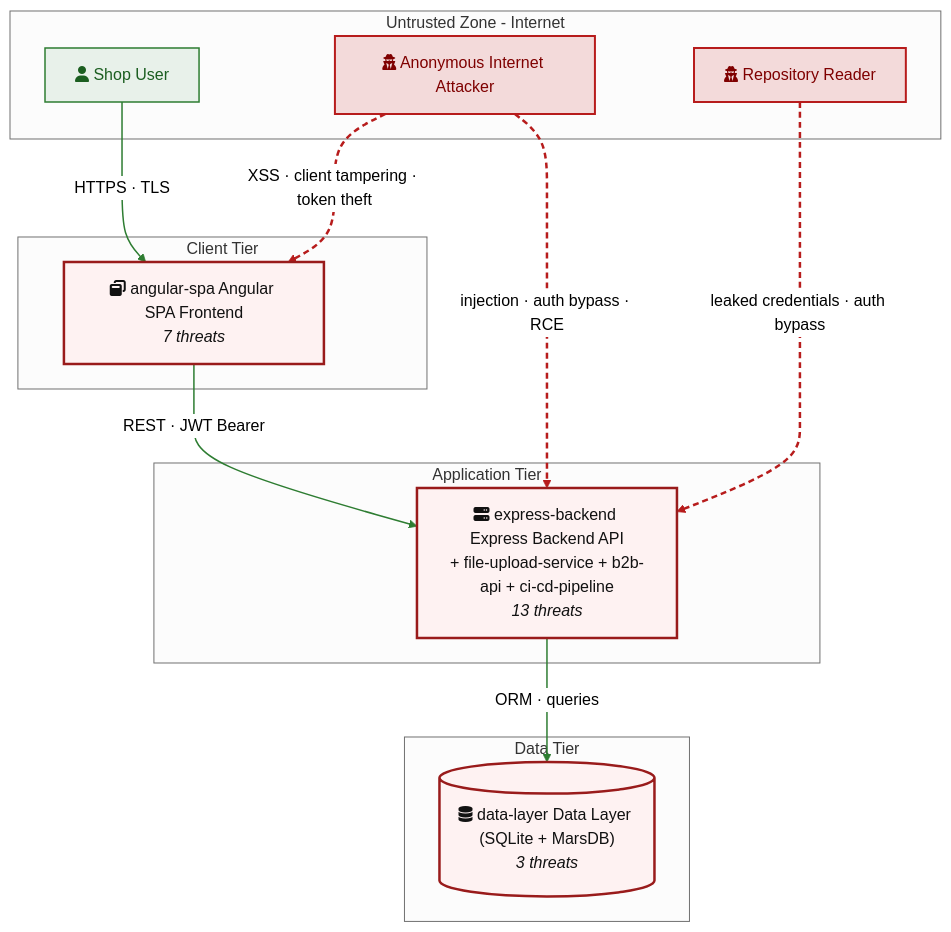
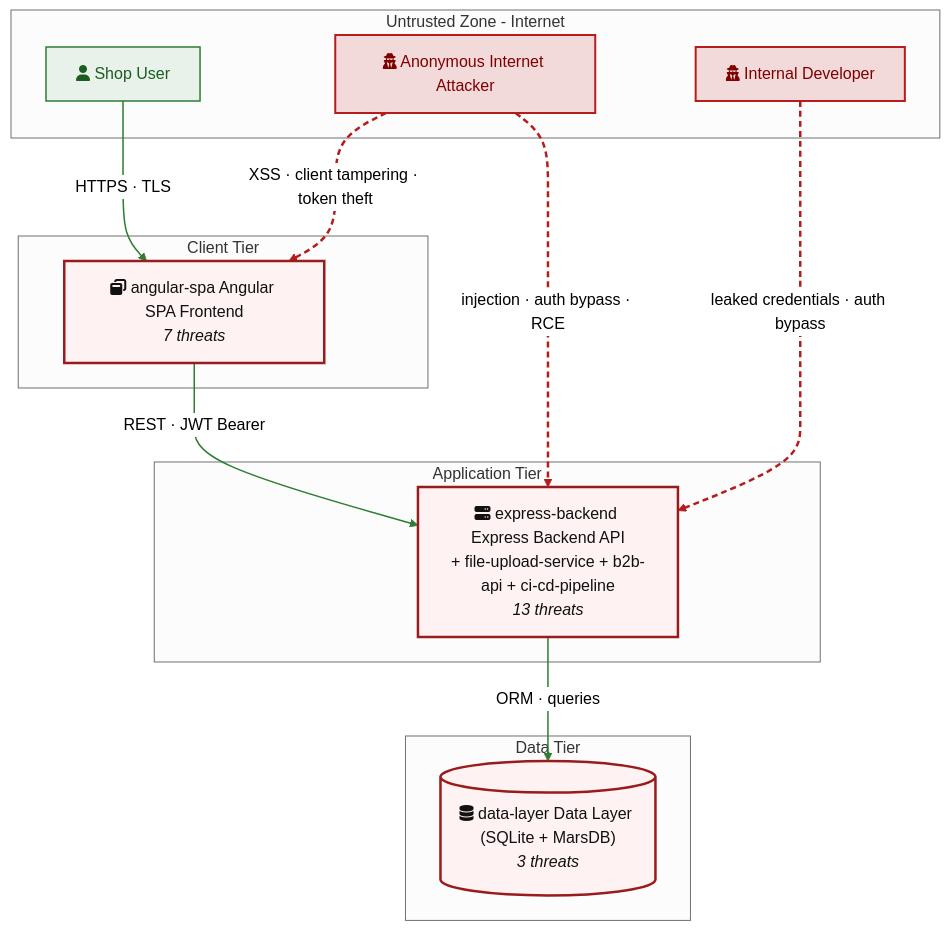
The second of 2 diagrams in README.md (appsec-foundry/appsec-analyzer), drawn with Mermaid (neutral theme) before and after one commit. The commit also changed other lines of this file and 3 other files, not shown here.

````diff
--- a/README.md
+++ b/README.md
@@ -253,30 +260,30 @@
 ```mermaid
 flowchart TD
     subgraph EXT["Untrusted Zone - Internet"]
         INTERNET_ANON["fa:fa-user-secret Anonymous Internet Attacker"]:::threat
         VICTIM_REQUIRED["fa:fa-user Shop User"]:::legit
-        REPO_READ["fa:fa-user-secret Repository Reader"]:::threat
+        REPO_READ["fa:fa-user-secret Internal Developer"]:::threat
     end
     subgraph CLIENT["Client Tier"]
         angular_spa["fa:fa-window-restore angular-spa Angular SPA Frontend<br/><i>7 threats</i>"]:::risk
     end
     subgraph APP["Application Tier"]
         express_backend["fa:fa-server express-backend Express Backend API<br/>+ file-upload-service + b2b-api + ci-cd-pipeline<br/><i>13 threats</i>"]:::risk
     end
     subgraph DATA["Data Tier"]
         data_layer[("fa:fa-database data-layer Data Layer (SQLite + MarsDB)<br/><i>3 threats</i>")]:::risk
     end
     VICTIM_REQUIRED -->|"HTTPS · TLS"| angular_spa
     angular_spa -->|"REST · JWT Bearer"| express_backend
     express_backend -->|"ORM · queries"| data_layer
     INTERNET_ANON -.->|"injection · auth bypass · RCE"| express_backend
     INTERNET_ANON -.->|"XSS · client tampering · token theft"| angular_spa
     REPO_READ -.->|"leaked credentials · auth bypass"| express_backend
 
     classDef legit fill:#e8f1ea,stroke:#2e7d32,color:#1b5e20,stroke-width:1.5px
     classDef threat fill:#f3dada,stroke:#b71c1c,color:#7f0000,stroke-width:2px
     classDef external fill:#f2f2f2,stroke:#424242,color:#212121,stroke-width:1.5px
     classDef risk fill:#fef2f2,stroke:#991b1b,color:#111,stroke-width:2.5px
     linkStyle 0,1,2 stroke:#2e7d32,stroke-width:1.5px
     linkStyle 3,4,5 stroke:#b71c1c,stroke-width:2.5px,stroke-dasharray:6 4
 ```
````
